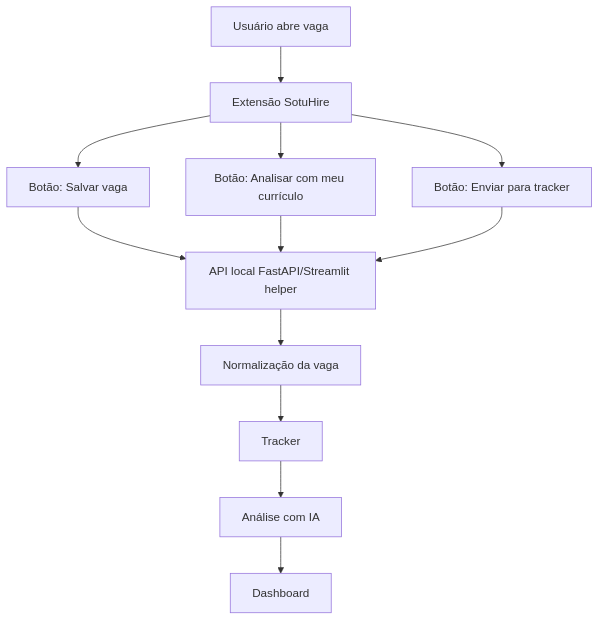
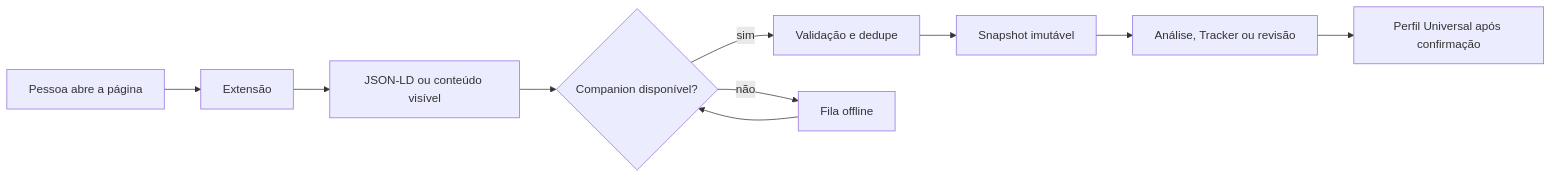
One commit to Soturine/SotuHire changed the diagram in docs/02-architecture/local-companion-app.md. Above: the diagram before and after it, drawn with Mermaid. The commit also changed other lines of this file and 48 other files, not shown here.

Commit message:
docs(readme): publish complete product data and architecture guide

````diff
--- a/docs/02-architecture/local-companion-app.md
+++ b/docs/02-architecture/local-companion-app.md
@@ -11,14 +9,12 @@
 ```mermaid
-flowchart TD
-    A[Usuário abre vaga] --> B[Extensão SotuHire]
-    B --> C[Botão: Salvar vaga]
-    B --> D[Botão: Analisar com meu currículo]
-    B --> E[Botão: Enviar para tracker]
-    C --> F[API local FastAPI/Streamlit helper]
-    D --> F
-    E --> F
-    F --> G[Normalização da vaga]
-    G --> H[Tracker]
-    H --> I[Análise com IA]
-    I --> J[Dashboard]
+flowchart LR
+    A[Pessoa abre a página] --> B[Extensão]
+    B --> C[JSON-LD ou conteúdo visível]
+    C --> D{Companion disponível?}
+    D -- sim --> E[Validação e dedupe]
+    E --> F[Snapshot imutável]
+    F --> G[Análise, Tracker ou revisão]
+    G --> H[Perfil Universal após confirmação]
+    D -- não --> I[Fila offline]
+    I --> D
 ```
````
